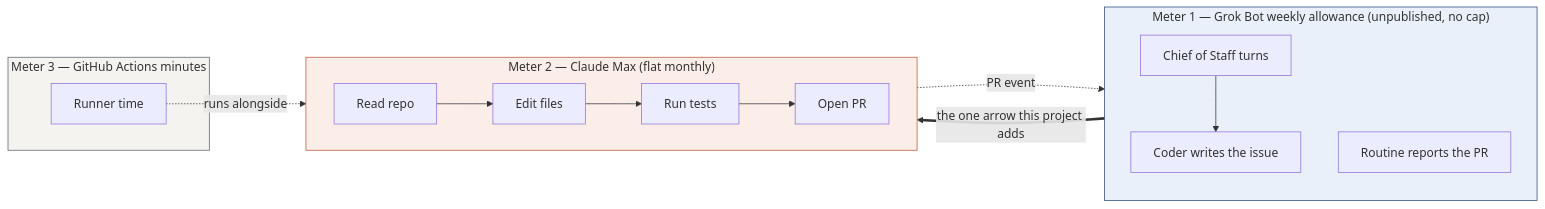
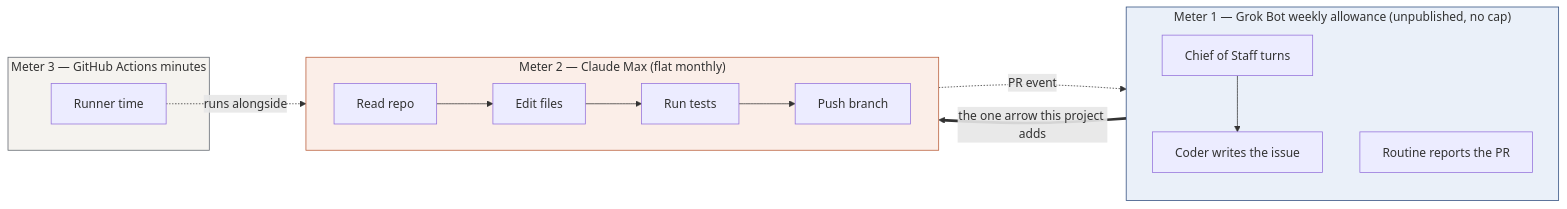
One commit to mathew-builds/Handoff changed the third of 4 diagrams in docs/01-architecture.md. Above: the diagram before and after it, drawn with Mermaid. The commit also changed other lines of this file and 18 other files, not shown here.

````diff
--- a/docs/01-architecture.md
+++ b/docs/01-architecture.md
@@ -89,21 +93,21 @@
 ```mermaid
 flowchart LR
     subgraph M1["Meter 1 — Grok Bot weekly allowance (unpublished, no cap)"]
         direction TB
         A[Chief of Staff turns] --> B[Coder writes the issue]
         C[Routine reports the PR]
     end
     subgraph M2["Meter 2 — Claude Max (flat monthly)"]
         direction LR
-        D[Read repo] --> E[Edit files] --> F[Run tests] --> G[Open PR]
+        D[Read repo] --> E[Edit files] --> F[Run tests] --> G[Push branch]
     end
     subgraph M3["Meter 3 — GitHub Actions minutes"]
         H[Runner time]
     end
     B == "the one arrow this project adds" ==> D
     G -. "PR event" .-> C
     H -. "runs alongside" .-> D
     style M1 fill:#EAF0F9,stroke:#2C4A7C
     style M2 fill:#FBEEE8,stroke:#B85A36
     style M3 fill:#F5F3EF,stroke:#5C626B
 ```
````
